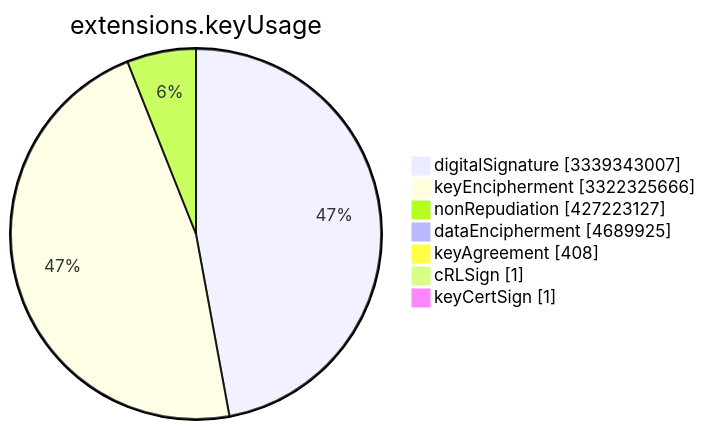
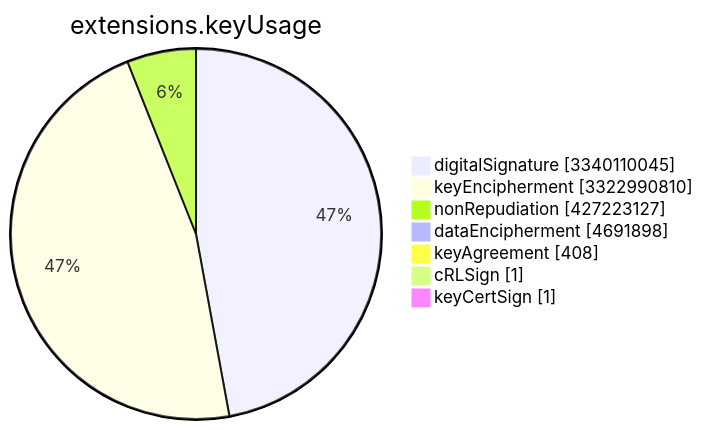
Before and after one commit to christiankrug/ctmonitor_visualization: the sixth of 15 diagrams in TOTAL/README.md, drawn with Mermaid. The commit also changed other lines of this file, not shown here.

````diff
--- a/TOTAL/README.md
+++ b/TOTAL/README.md
@@ -3078,11 +3078,11 @@
 ```mermaid
 pie showData
 title extensions.keyUsage
-"digitalSignature" :3339343007
-"keyEncipherment" :3322325666
+"digitalSignature" :3340110045
+"keyEncipherment" :3322990810
 "nonRepudiation" :427223127
-"dataEncipherment" :4689925
+"dataEncipherment" :4691898
 "keyAgreement" :408
 "cRLSign" :1
 "keyCertSign" :1
 ```
````
